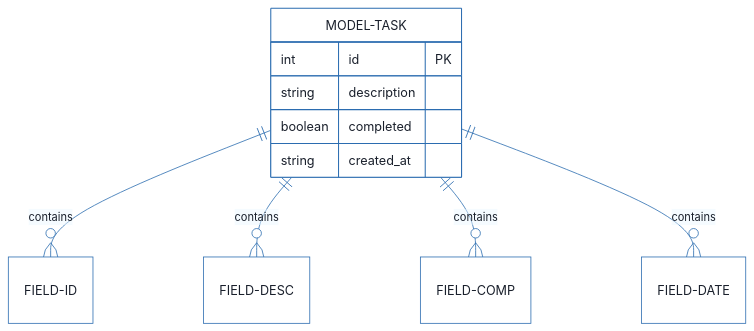
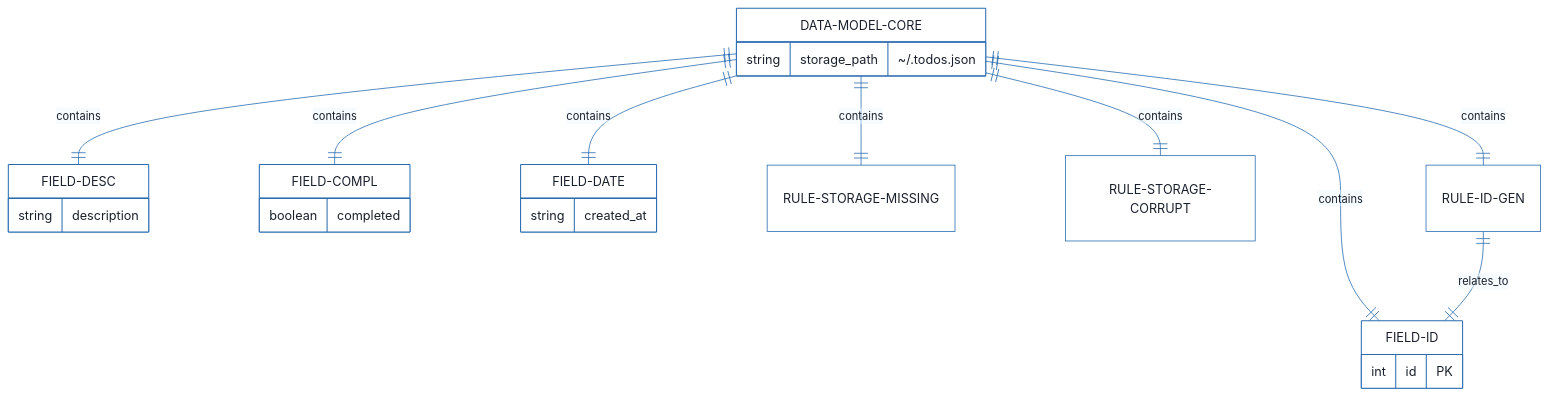
One commit to abir-ommezzine/extension-github-spec-kit changed the first of 7 diagrams in outputs/001-cli-todo-manager/markdowns/data-model_v1.0_doc.md. Above: the diagram before and after it, drawn with Mermaid. The commit also changed other lines of this file and 145 other files, not shown here.

````diff
--- a/outputs/001-cli-todo-manager/markdowns/data-model_v1.0_doc.md
+++ b/outputs/001-cli-todo-manager/markdowns/data-model_v1.0_doc.md
@@ -31,56 +31,69 @@
 ```mermaid
 %%{init: {
   'theme': 'base',
   'themeVariables': {
     'primaryColor': '#1A365D',
     'primaryTextColor': '#1A202C',
     'primaryBorderColor': '#2B6CB0',
     'lineColor': '#2B6CB0',
     'secondaryColor': '#EBF8FF',
     'tertiaryColor': '#EBF8FF',
     'background': '#FFFFFF',
     'mainBkg': '#FFFFFF',
     'secondBkg': '#EBF8FF',
     'tertiaryBkg': '#F7FAFC',
     'secondaryTextColor': '#4A5568',
     'fontSize': '16px',
     'fontFamily': 'Inter, system-ui, sans-serif',
     'nodePadding': '15px',
     'borderRadius': '8px',
     'edgeLabelBackground': '#EBF8FF',
     'clusterBkg': '#F7FAFC',
     'clusterBorder': '#2B6CB0',
     'defaultLinkColor': '#2B6CB0',
     'titleColor': '#1A365D',
     'actorBorder': '#2B6CB0',
     'actorBkg': '#EBF8FF',
     'actorTextColor': '#1A365D',
     'actorLineColor': '#2B6CB0',
     'signalColor': '#2B6CB0',
     'signalTextColor': '#1A202C',
     'labelBoxBorderColor': '#2B6CB0',
     'labelBoxBkgColor': '#EBF8FF',
     'labelTextColor': '#1A202C',
     'loopTextColor': '#1A202C',
     'arrowHeadColor': '#2B6CB0',
     'sequenceNumberColor': '#1A365D',
     'sequenceActorBorder': '#2B6CB0',
     'sequenceActorBkg': '#EBF8FF',
     'sequenceArrowColor': '#2B6CB0',
     'noteBkgColor': '#FFF5EB',
     'noteBorderColor': '#DD6B20',
     'noteTextColor': '#1A202C'
   }
 }}%%
 erDiagram
-    MODEL-TASK {
+    DATA-MODEL-CORE ||--|| FIELD-ID : "contains"
+    DATA-MODEL-CORE ||--|| FIELD-DESC : "contains"
+    DATA-MODEL-CORE ||--|| FIELD-COMPL : "contains"
+    DATA-MODEL-CORE ||--|| FIELD-DATE : "contains"
+    DATA-MODEL-CORE ||--|| RULE-STORAGE-MISSING : "contains"
+    DATA-MODEL-CORE ||--|| RULE-STORAGE-CORRUPT : "contains"
+    DATA-MODEL-CORE ||--|| RULE-ID-GEN : "contains"
+    RULE-ID-GEN ||--|| FIELD-ID : "relates_to"
+    DATA-MODEL-CORE {
+        string storage_path "~/.todos.json"
+    }
+    FIELD-ID {
         int id PK
+    }
+    FIELD-DESC {
         string description
+    }
+    FIELD-COMPL {
         boolean completed
+    }
+    FIELD-DATE {
         string created_at
     }
-    MODEL-TASK ||--o{ FIELD-ID : "contains"
-    MODEL-TASK ||--o{ FIELD-DESC : "contains"
-    MODEL-TASK ||--o{ FIELD-COMP : "contains"
-    MODEL-TASK ||--o{ FIELD-DATE : "contains"
 ```
````
